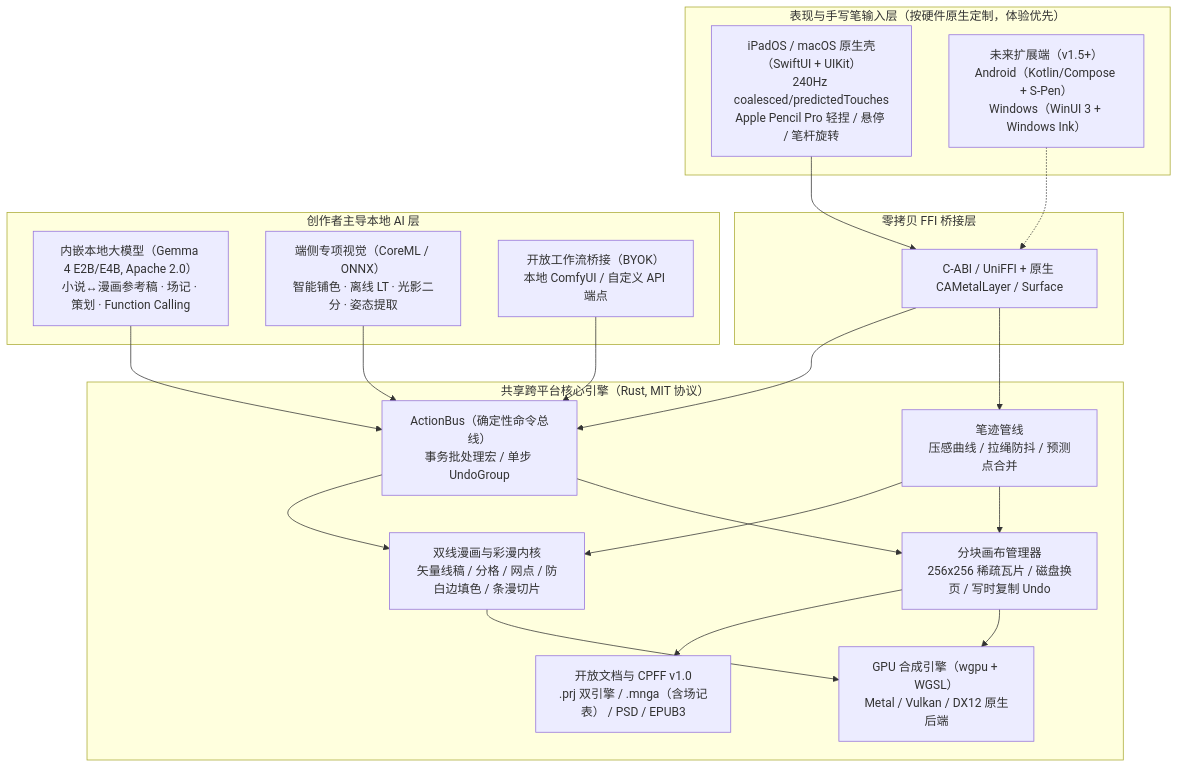
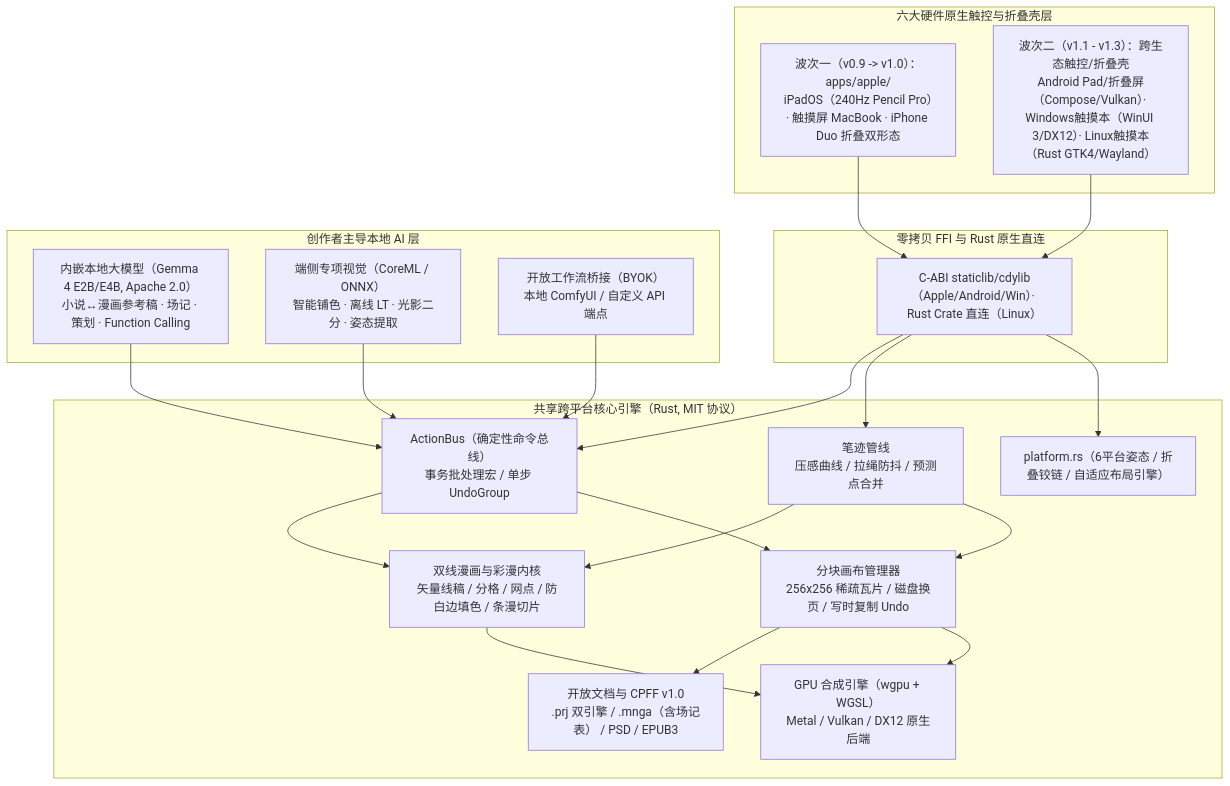
One commit to 70sDushuren/About-Paint-Tools changed the diagram in README.zh-CN.md. Above: the diagram before and after it, drawn with Mermaid. The commit also changed other lines of this file and 44 other files, not shown here.

Commit message:
feat: expand multi-platform touch & foldable roadmap and scaffold Apple/Android/Windows/Linux shells

````diff
--- a/README.zh-CN.md
+++ b/README.zh-CN.md
@@ -33,41 +33,43 @@
 ```mermaid
 flowchart TD
-    subgraph UI["表现与手写笔输入层（按硬件原生定制，体验优先）"]
-        iPad["iPadOS / macOS 原生壳（SwiftUI + UIKit）<br/>240Hz coalesced/predictedTouches<br/>Apple Pencil Pro 轻捏 / 悬停 / 笔杆旋转"]
-        Future["未来扩展端（v1.5+）<br/>Android（Kotlin/Compose + S-Pen）<br/>Windows（WinUI 3 + Windows Ink）"]
+    subgraph UI["六大硬件原生触控与折叠壳层"]
+        Apple["波次一（v0.9 -> v1.0）：apps/apple/<br/>iPadOS（240Hz Pencil Pro）· 触摸屏 MacBook · iPhone Duo 折叠双形态"]
+        Wave2["波次二（v1.1 - v1.3）：跨生态触控/折叠壳<br/>Android Pad/折叠屏（Compose/Vulkan）· Windows触摸本（WinUI 3/DX12）· Linux触摸本（Rust GTK4/Wayland）"]
     end
 
-    subgraph Bridge["零拷贝 FFI 桥接层"]
-        FFI["C-ABI / UniFFI + 原生 CAMetalLayer / Surface"]
+    subgraph Bridge["零拷贝 FFI 与 Rust 原生直连"]
+        FFI["C-ABI staticlib/cdylib（Apple/Android/Win）· Rust Crate 直连（Linux）"]
     end
 
     subgraph Core["共享跨平台核心引擎（Rust, MIT 协议）"]
+        Platform["platform.rs（6平台姿态 / 折叠铰链 / 自适应布局引擎）"]
         Bus["ActionBus（确定性命令总线）<br/>事务批处理宏 / 单步 UndoGroup"]
         Input["笔迹管线<br/>压感曲线 / 拉绳防抖 / 预测点合并"]
         Canvas["分块画布管理器<br/>256x256 稀疏瓦片 / 磁盘换页 / 写时复制 Undo"]
         Vector["双线漫画与彩漫内核<br/>矢量线稿 / 分格 / 网点 / 防白边填色 / 条漫切片"]
         Render["GPU 合成引擎（wgpu + WGSL）<br/>Metal / Vulkan / DX12 原生后端"]
         IO["开放文档与 CPFF v1.0<br/>.prj 双引擎 / .mnga（含场记表） / PSD / EPUB3"]
     end
 
     subgraph AI["创作者主导本地 AI 层"]
         Gemma["内嵌本地大模型（Gemma 4 E2B/E4B, Apache 2.0）<br/>小说↔漫画参考稿 · 场记 · 策划 · Function Calling"]
         Vision["端侧专项视觉（CoreML / ONNX）<br/>智能铺色 · 离线 LT · 光影二分 · 姿态提取"]
         BridgeAI["开放工作流桥接（BYOK）<br/>本地 ComfyUI / 自定义 API 端点"]
     end
 
-    iPad --> FFI
-    Future -.-> FFI
+    Apple --> FFI
+    Wave2 --> FFI
+    FFI --> Platform
     FFI --> Input
     FFI --> Bus
     Gemma --> Bus
     Vision --> Bus
     BridgeAI --> Bus
     Bus --> Canvas
     Bus --> Vector
     Input --> Canvas
     Input --> Vector
     Canvas --> Render
     Vector --> Render
     Canvas --> IO
 ```
````
